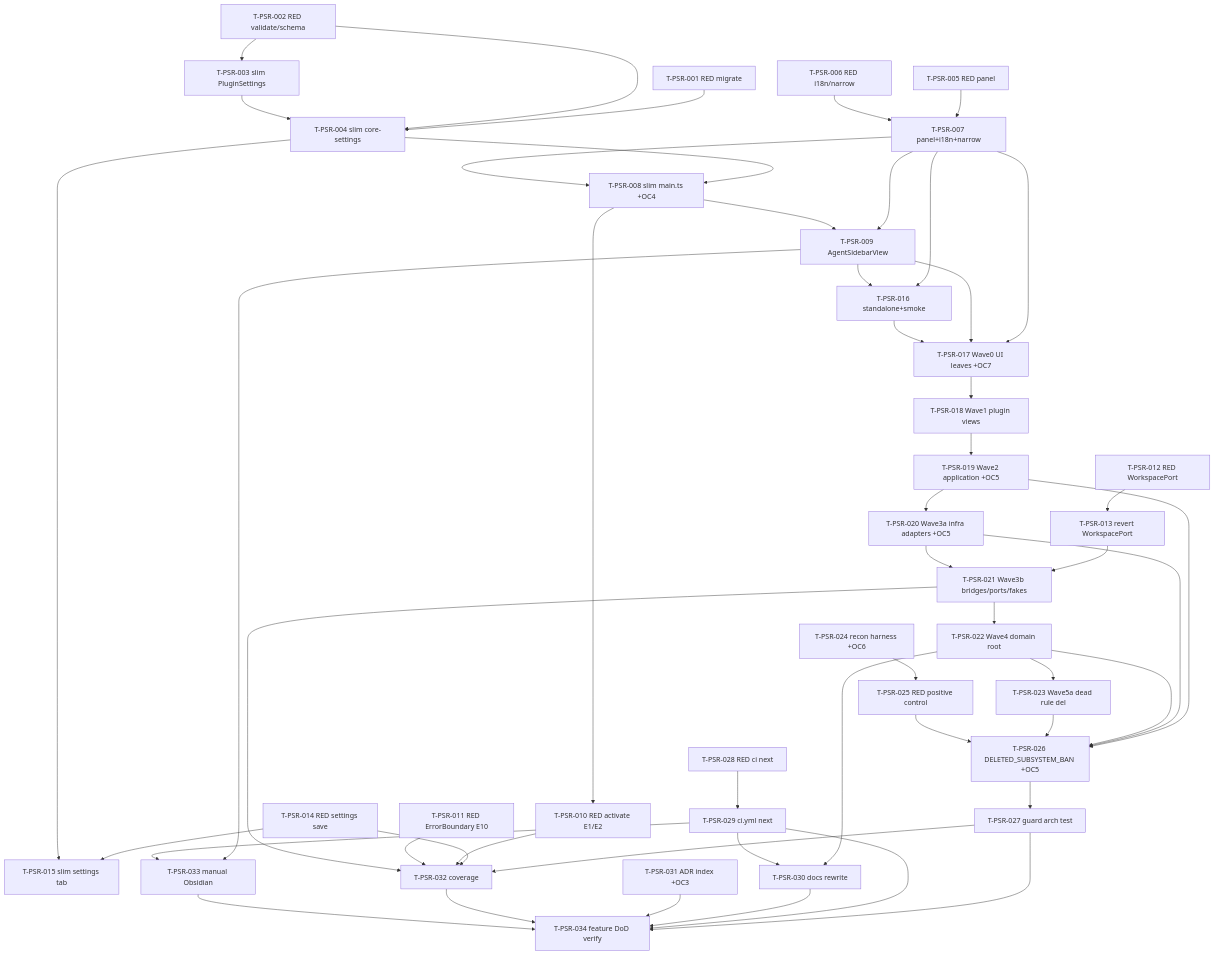
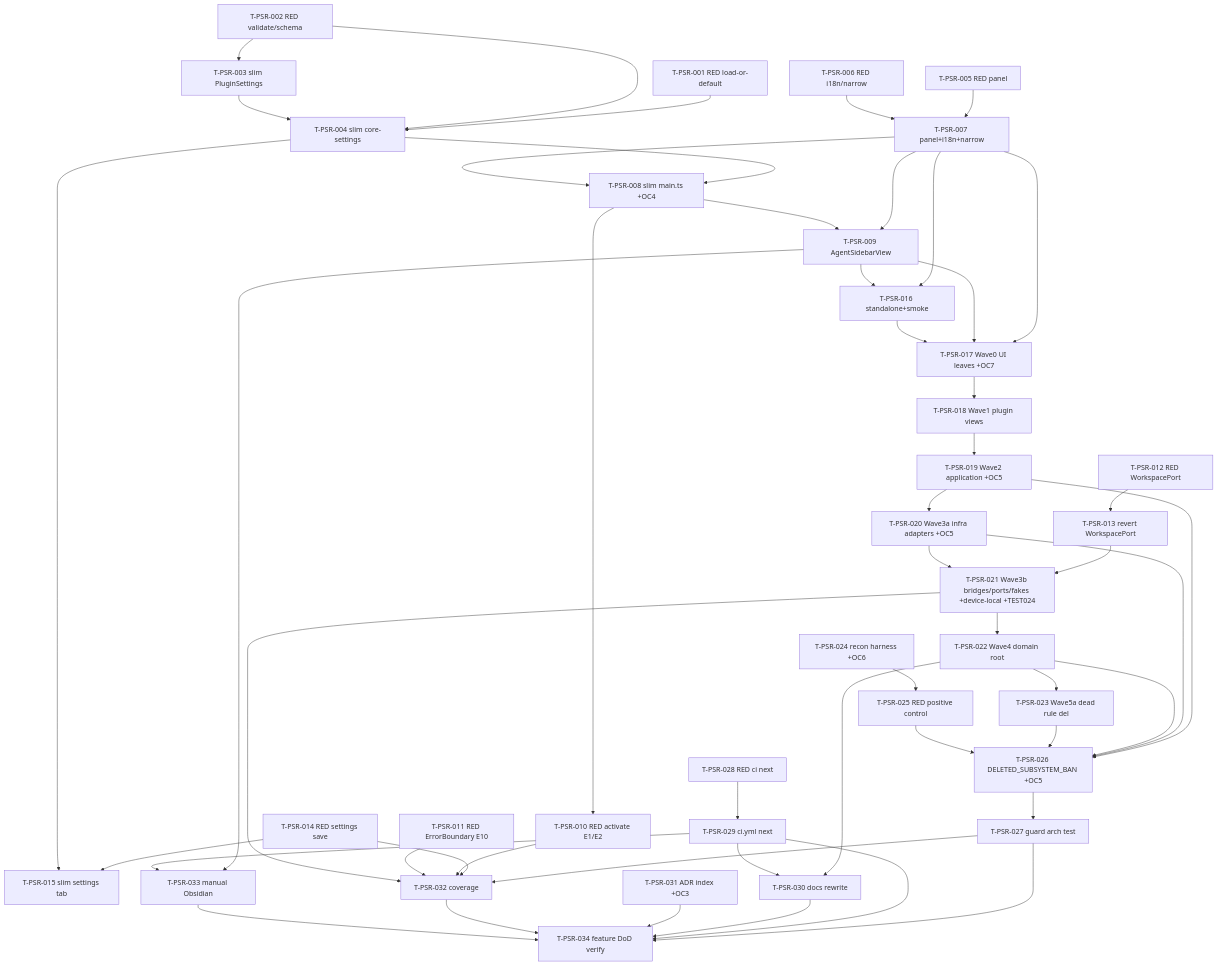
The diagram in specs/plugin-shell-reboot/tasks.md (Luis85/specorator), drawn with Mermaid before and after one commit. The commit also changed other lines of this file and 5 other files, not shown here.

First line of the commit message:
docs(psr): consolidated no-backwards-compat re-spec (drop settings migration)

````diff
--- a/specs/plugin-shell-reboot/tasks.md
+++ b/specs/plugin-shell-reboot/tasks.md
@@ -685,60 +727,60 @@
 ```mermaid
 graph TD
   %% Phase A — surviving surface + RED tests
-  T001[T-PSR-001 RED migrate] --> T004[T-PSR-004 slim core-settings]
+  T001[T-PSR-001 RED load-or-default] --> T004[T-PSR-004 slim core-settings]
   T002[T-PSR-002 RED validate/schema] --> T003[T-PSR-003 slim PluginSettings]
   T002 --> T004
   T003 --> T004
   T005[T-PSR-005 RED panel] --> T007[T-PSR-007 panel+i18n+narrow]
   T006[T-PSR-006 RED i18n/narrow] --> T007
   T004 --> T008[T-PSR-008 slim main.ts +OC4]
   T007 --> T008
   T007 --> T009[T-PSR-009 AgentSidebarView]
   T008 --> T009
   T008 --> T010[T-PSR-010 RED activate E1/E2]
   T011[T-PSR-011 RED ErrorBoundary E10]
   T012[T-PSR-012 RED WorkspacePort] --> T013[T-PSR-013 revert WorkspacePort]
   T014[T-PSR-014 RED settings save] --> T015[T-PSR-015 slim settings tab]
   T004 --> T015
   T007 --> T016[T-PSR-016 standalone+smoke]
   T009 --> T016
 
   %% Phase B — delete waves
   T007 --> T017[T-PSR-017 Wave0 UI leaves +OC7]
   T009 --> T017
   T016 --> T017
   T017 --> T018[T-PSR-018 Wave1 plugin views]
   T018 --> T019[T-PSR-019 Wave2 application +OC5]
   T019 --> T020[T-PSR-020 Wave3a infra adapters +OC5]
-  T013 --> T021[T-PSR-021 Wave3b bridges/ports/fakes]
+  T013 --> T021[T-PSR-021 Wave3b bridges/ports/fakes +device-local +TEST024]
   T020 --> T021
   T021 --> T022[T-PSR-022 Wave4 domain root]
   T022 --> T023[T-PSR-023 Wave5a dead rule del]
 
   %% Phase C — guard last
   T024[T-PSR-024 recon harness +OC6] --> T025[T-PSR-025 RED positive control]
   T019 --> T026[T-PSR-026 DELETED_SUBSYSTEM_BAN +OC5]
   T020 --> T026
   T022 --> T026
   T023 --> T026
   T025 --> T026
   T026 --> T027[T-PSR-027 guard arch test]
 
   %% Phase D — CI/docs/ADR/coverage/gate
   T028[T-PSR-028 RED ci next] --> T029[T-PSR-029 ci.yml next]
   T022 --> T030[T-PSR-030 docs rewrite]
   T029 --> T030
   T027 --> T032[T-PSR-032 coverage]
   T014 --> T032
   T010 --> T032
   T011 --> T032
   T021 --> T032
   T009 --> T033[T-PSR-033 manual Obsidian]
   T029 --> T033
   T027 --> T034[T-PSR-034 feature DoD verify]
   T029 --> T034
   T030 --> T034
   T031[T-PSR-031 ADR index +OC3] --> T034
   T032 --> T034
   T033 --> T034
 ```
````
